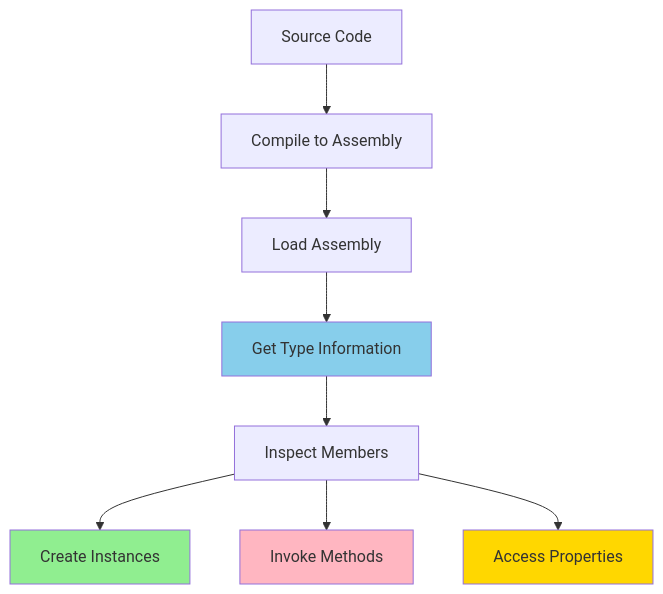
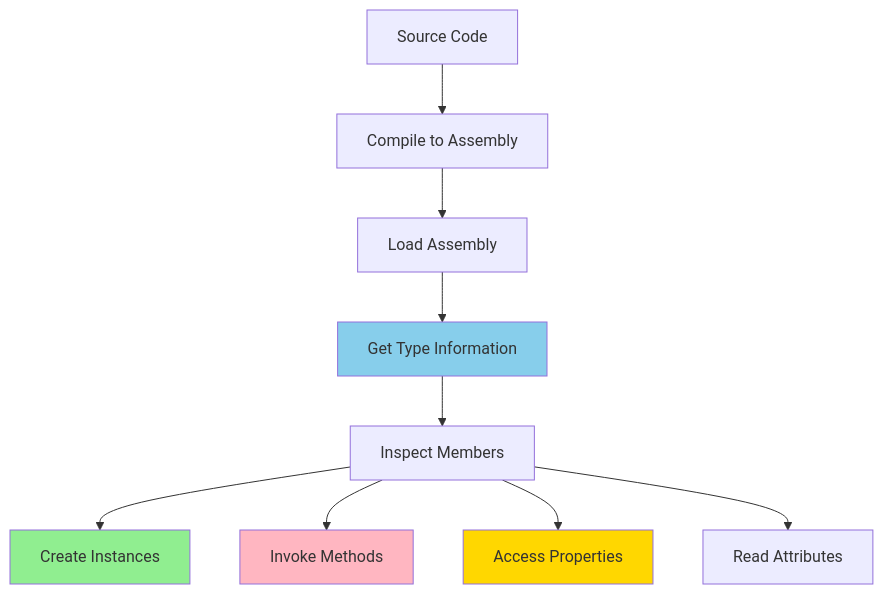
One commit to NguyenPhamCode4You/ai-home-lab-docker-compose changed the first of 2 diagrams in C# fundamentals/day10-reflection-attributes.md. Above: the diagram before and after it, drawn with Mermaid. The commit also changed other lines of this file, not shown here.

````diff
--- a/C# fundamentals/day10-reflection-attributes.md
+++ b/C# fundamentals/day10-reflection-attributes.md
@@ -17,15 +29,16 @@
 ```mermaid
 graph TB
     A[Source Code] --> B[Compile to Assembly]
     B --> C[Load Assembly]
     C --> D[Get Type Information]
     D --> E[Inspect Members]
     E --> F[Create Instances]
     E --> G[Invoke Methods]
     E --> H[Access Properties]
+    E --> I[Read Attributes]
 
     style D fill:#87CEEB
     style F fill:#90EE90
     style G fill:#FFB6C1
     style H fill:#FFD700
 ```
````
